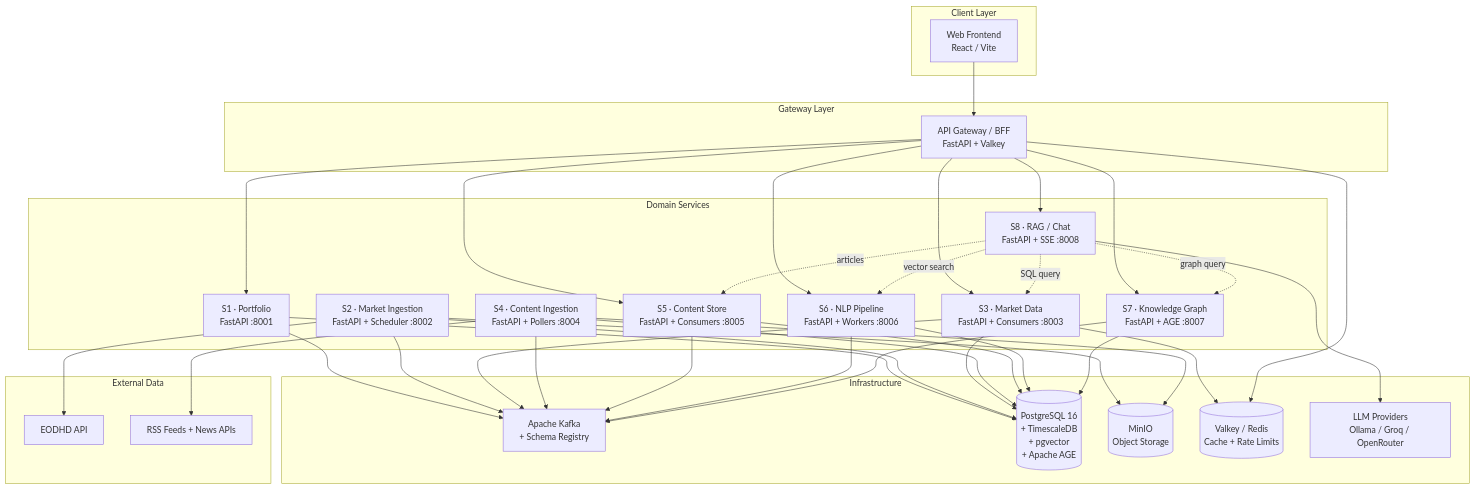
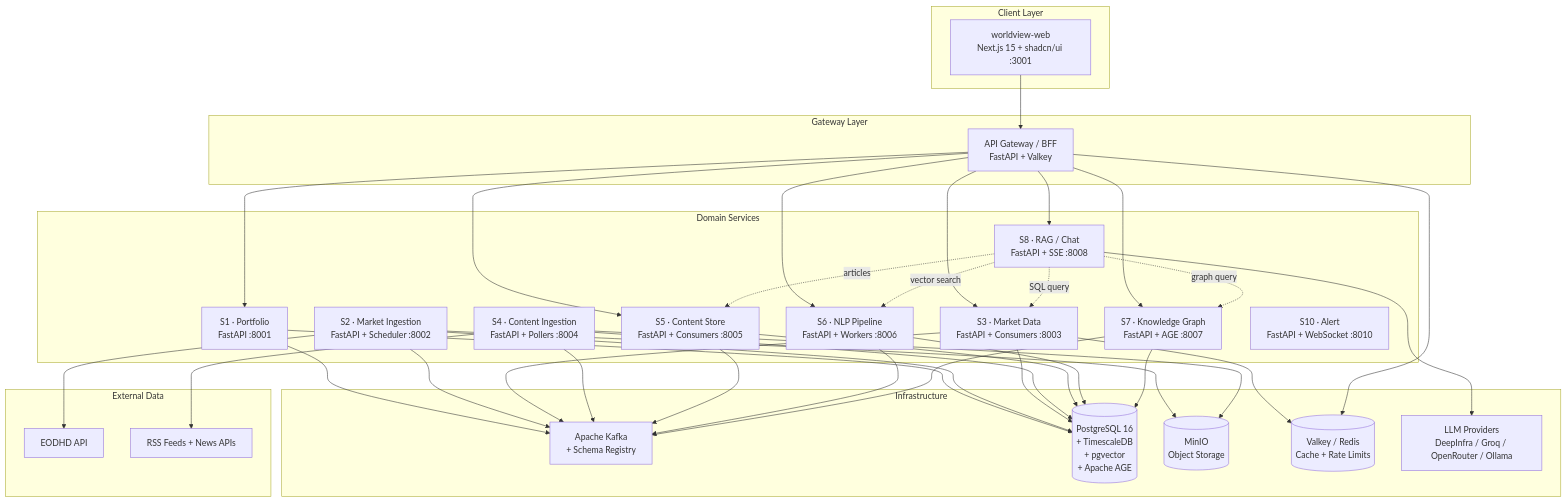
Before and after one commit to arnaurodondev/WorldView: the second of 5 diagrams in docs/architecture/diagrams.md, drawn with Mermaid. The commit also changed other lines of this file and 519 other files, not shown here.

````diff
--- a/docs/architecture/diagrams.md
+++ b/docs/architecture/diagrams.md
@@ -10,52 +76,53 @@
 ```mermaid
 graph TB
     subgraph "Client Layer"
-        UI[Web Frontend<br/>React / Vite]
+        UI[worldview-web<br/>Next.js 15 + shadcn/ui :3001]
     end
 
     subgraph "Gateway Layer"
         GW[API Gateway / BFF<br/>FastAPI + Valkey]
     end
 
     subgraph "Domain Services"
         S1[S1 · Portfolio<br/>FastAPI :8001]
         S2[S2 · Market Ingestion<br/>FastAPI + Scheduler :8002]
         S3[S3 · Market Data<br/>FastAPI + Consumers :8003]
         S4[S4 · Content Ingestion<br/>FastAPI + Pollers :8004]
         S5[S5 · Content Store<br/>FastAPI + Consumers :8005]
         S6[S6 · NLP Pipeline<br/>FastAPI + Workers :8006]
         S7[S7 · Knowledge Graph<br/>FastAPI + AGE :8007]
         S8[S8 · RAG / Chat<br/>FastAPI + SSE :8008]
+        S10[S10 · Alert<br/>FastAPI + WebSocket :8010]
     end
 
     subgraph "Infrastructure"
         KAFKA[Apache Kafka<br/>+ Schema Registry]
         PG[(PostgreSQL 16<br/>+ TimescaleDB<br/>+ pgvector<br/>+ Apache AGE)]
         MINIO[(MinIO<br/>Object Storage)]
         VALKEY[(Valkey / Redis<br/>Cache + Rate Limits)]
-        LLM_EXT[LLM Providers<br/>Ollama / Groq / OpenRouter]
+        LLM_EXT[LLM Providers<br/>DeepInfra / Groq / OpenRouter / Ollama]
     end
 
     subgraph "External Data"
         EODHD[EODHD API]
         RSS[RSS Feeds + News APIs]
     end
 
     UI --> GW
     GW --> S1 & S3 & S5 & S6 & S7 & S8
 
     S2 --> EODHD
     S4 --> RSS
 
     S1 & S2 & S3 & S4 & S5 & S6 & S7 --> PG
     S2 & S4 --> MINIO
     S3 & GW --> VALKEY
     S8 --> LLM_EXT
 
     S1 & S2 & S3 & S4 & S5 & S6 & S7 --> KAFKA
 
     S8 -.->|vector search| S6
     S8 -.->|graph query| S7
     S8 -.->|SQL query| S3
     S8 -.->|articles| S5
 ```
````
